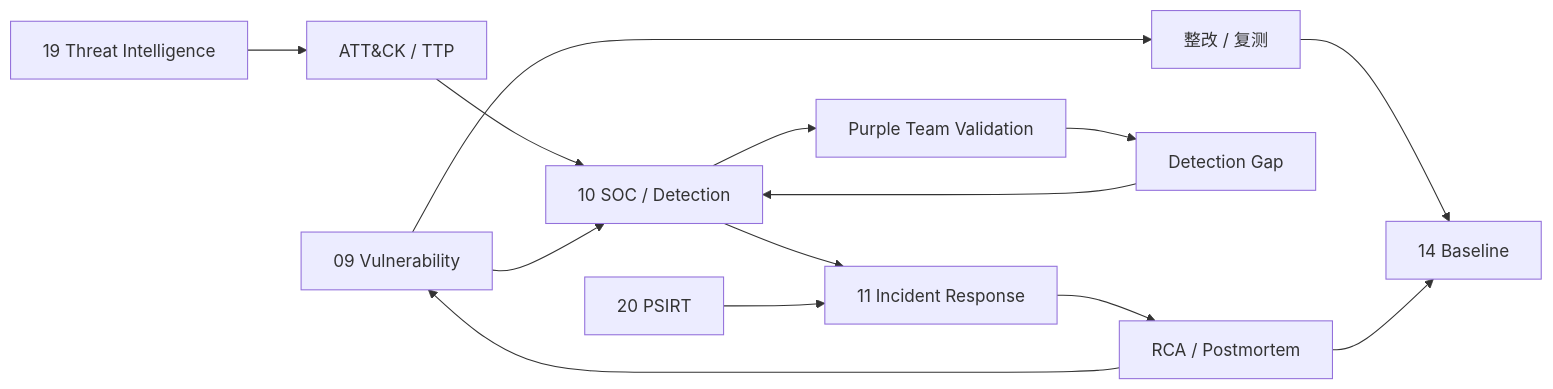
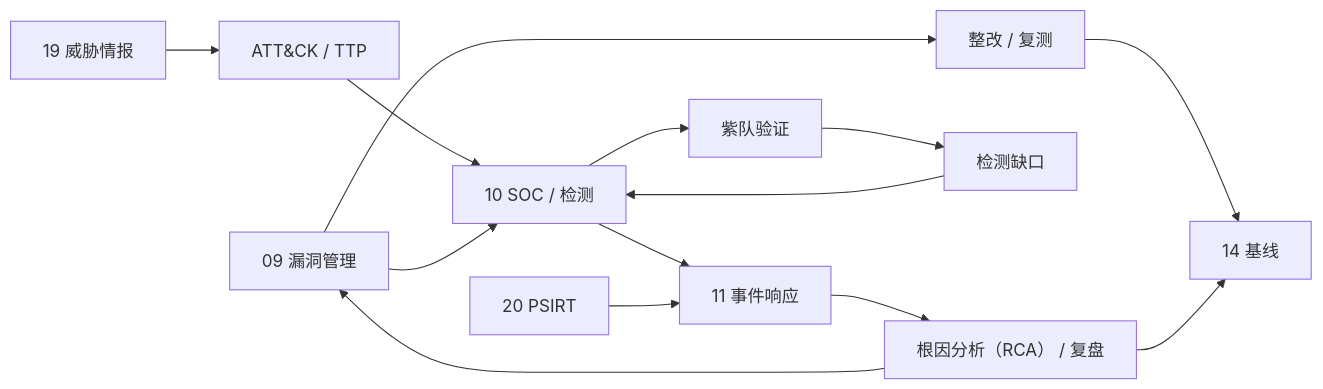
One commit to xiaochen201807/company-network-security-docs changed the fifth of 10 diagrams in docs/公司安全知识图谱.md. Above: the diagram before and after it, drawn with Mermaid. The commit also changed other lines of this file and 81 other files, not shown here.

```diff
--- a/docs/公司安全知识图谱.md
+++ b/docs/公司安全知识图谱.md
@@ -267,19 +267,19 @@
 ~~~mermaid
 flowchart LR
-    FIND["09 Vulnerability"] --> FIX["整改 / 复测"]
-    FIX --> BASE["14 Baseline"]
+    FIND["09 漏洞管理"] --> FIX["整改 / 复测"]
+    FIX --> BASE["14 基线"]
 
-    INTEL["19 Threat Intelligence"] --> ATTACK["ATT&CK / TTP"]
-    ATTACK --> DETECT["10 SOC / Detection"]
-    DETECT --> PURPLE["Purple Team Validation"]
-    PURPLE --> GAP["Detection Gap"]
+    INTEL["19 威胁情报"] --> ATTACK["ATT&CK / TTP"]
+    ATTACK --> DETECT["10 SOC / 检测"]
+    DETECT --> PURPLE["紫队验证"]
+    PURPLE --> GAP["检测缺口"]
     GAP --> DETECT
 
     FIND --> DETECT
-    DETECT --> IR["11 Incident Response"]
+    DETECT --> IR["11 事件响应"]
     EXT["20 PSIRT"] --> IR
 
-    IR --> RCA["RCA / Postmortem"]
+    IR --> RCA["根因分析（RCA） / 复盘"]
     RCA --> FIND
     RCA --> BASE
 ~~~
```
